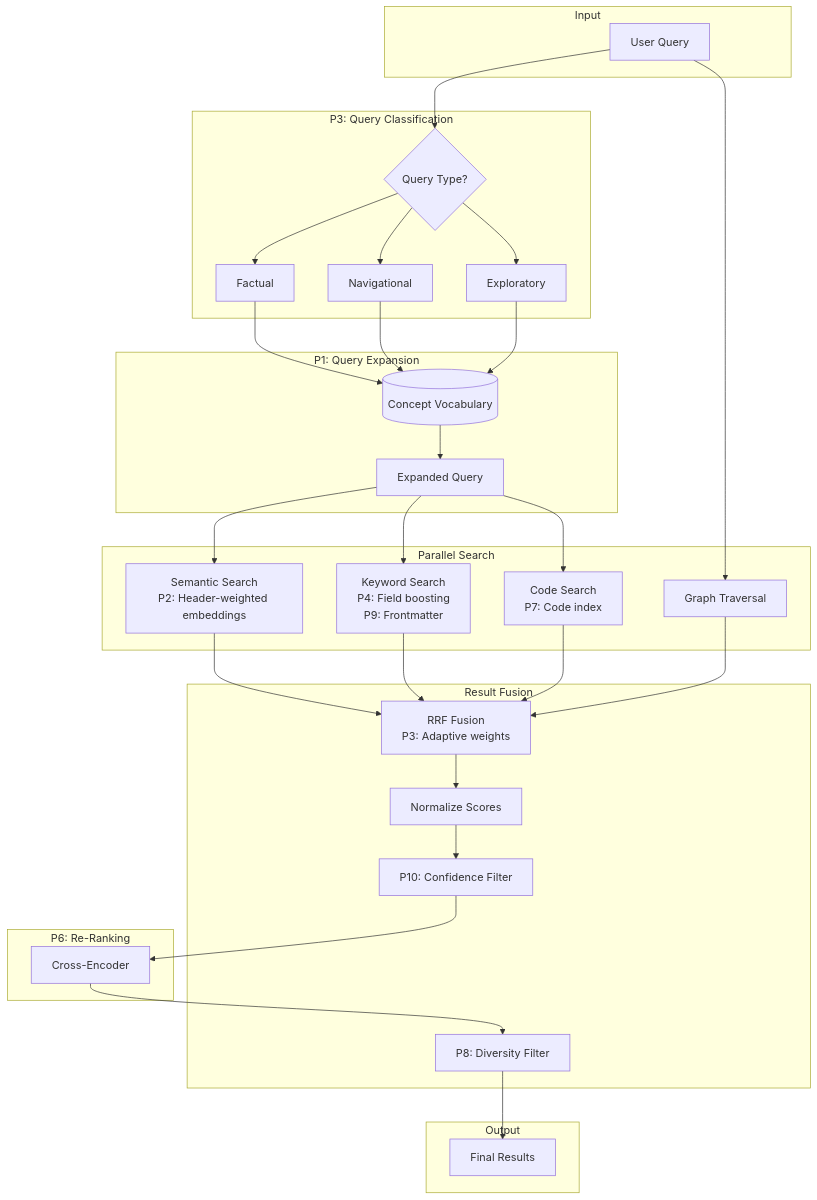
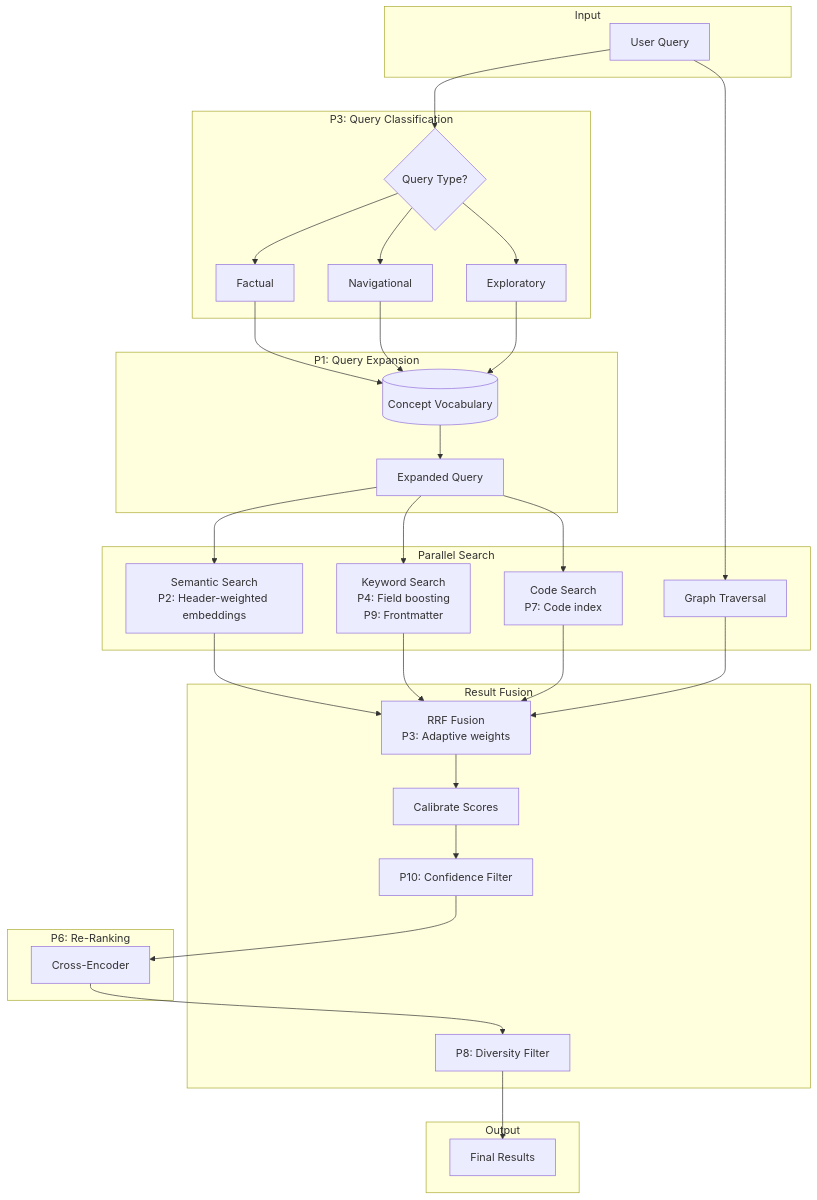
One commit to andnp/ragdocs-mcp changed the second of 3 diagrams in specs/11-search-quality-improvements.md. Above: the diagram before and after it, drawn with Mermaid. The commit also changed other lines of this file and 28 other files, not shown here.

````diff
--- a/specs/11-search-quality-improvements.md
+++ b/specs/11-search-quality-improvements.md
@@ -1367,53 +1367,53 @@
 ```mermaid
 flowchart TD
     subgraph Input
         Q[User Query]
     end
 
     subgraph Classification["P3: Query Classification"]
         QC{Query Type?}
         FACT[Factual]
         NAV[Navigational]
         EXP[Exploratory]
     end
 
     subgraph Expansion["P1: Query Expansion"]
         CV[(Concept Vocabulary)]
         EQ[Expanded Query]
     end
 
     subgraph Search["Parallel Search"]
         SEM[Semantic Search<br/>P2: Header-weighted embeddings]
         KW[Keyword Search<br/>P4: Field boosting<br/>P9: Frontmatter]
         CODE[Code Search<br/>P7: Code index]
         GRAPH[Graph Traversal]
     end
 
     subgraph Fusion["Result Fusion"]
         RRF[RRF Fusion<br/>P3: Adaptive weights]
-        NORM[Normalize Scores]
+        CAL[Calibrate Scores]
         CONF[P10: Confidence Filter]
         DIV[P8: Diversity Filter]
     end
 
     subgraph Rerank["P6: Re-Ranking"]
         CE[Cross-Encoder]
     end
 
     subgraph Output
         RES[Final Results]
     end
 
     Q --> QC
     QC --> FACT & NAV & EXP
     FACT & NAV & EXP --> CV
     CV --> EQ
     EQ --> SEM & KW & CODE
     Q --> GRAPH
     SEM & KW & CODE & GRAPH --> RRF
-    RRF --> NORM
-    NORM --> CONF
+    RRF --> CAL
+    CAL --> CONF
     CONF --> CE
     CE --> DIV
     DIV --> RES
 ```
````
